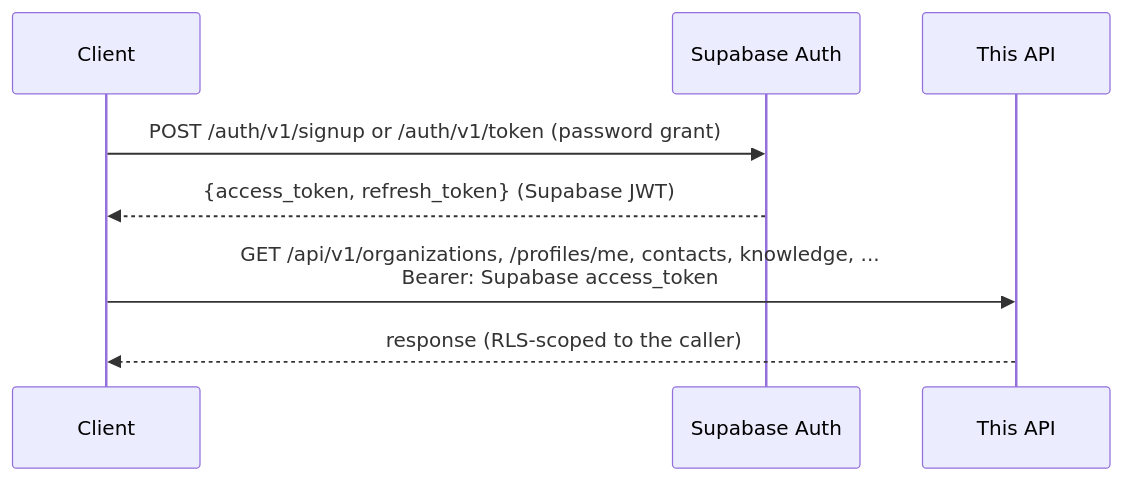
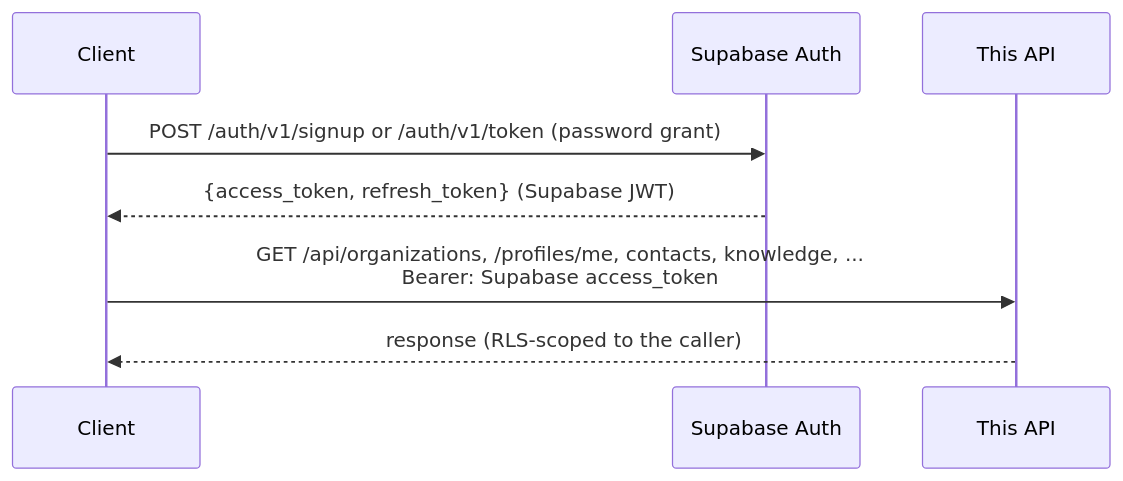
The diagram in docs/authentication.md (sebytremblay/mirenta-backend), drawn with Mermaid before and after one commit. The commit also changed other lines of this file and 11 other files, not shown here.

````diff
--- a/docs/authentication.md
+++ b/docs/authentication.md
@@ -7,12 +7,12 @@
 ```mermaid
 sequenceDiagram
     participant C as Client
     participant S as Supabase Auth
     participant A as This API
 
     C->>S: POST /auth/v1/signup or /auth/v1/token (password grant)
     S-->>C: {access_token, refresh_token} (Supabase JWT)
 
-    C->>A: GET /api/v1/organizations, /profiles/me, contacts, knowledge, ...<br/>Bearer: Supabase access_token
+    C->>A: GET /api/organizations, /profiles/me, contacts, knowledge, ...<br/>Bearer: Supabase access_token
     A-->>C: response (RLS-scoped to the caller)
 ```
````
